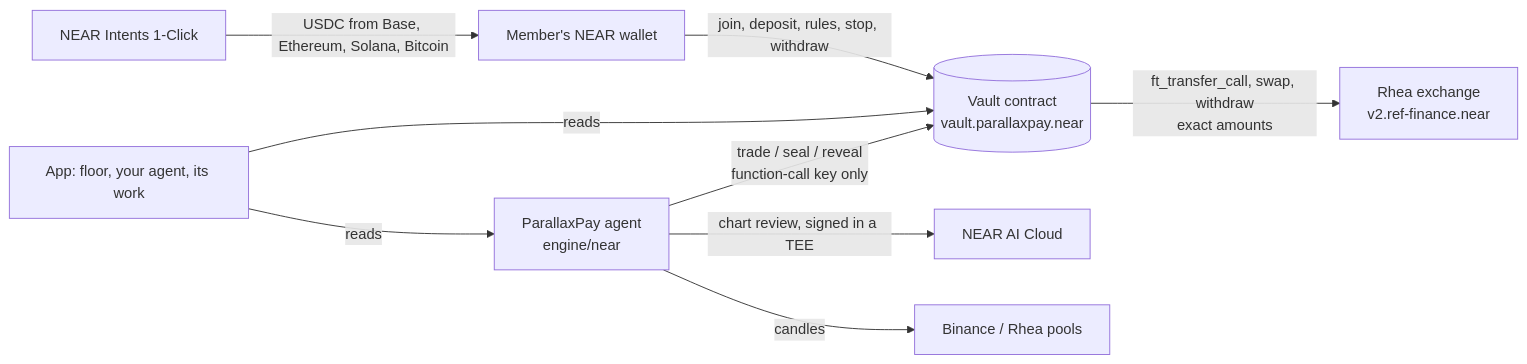
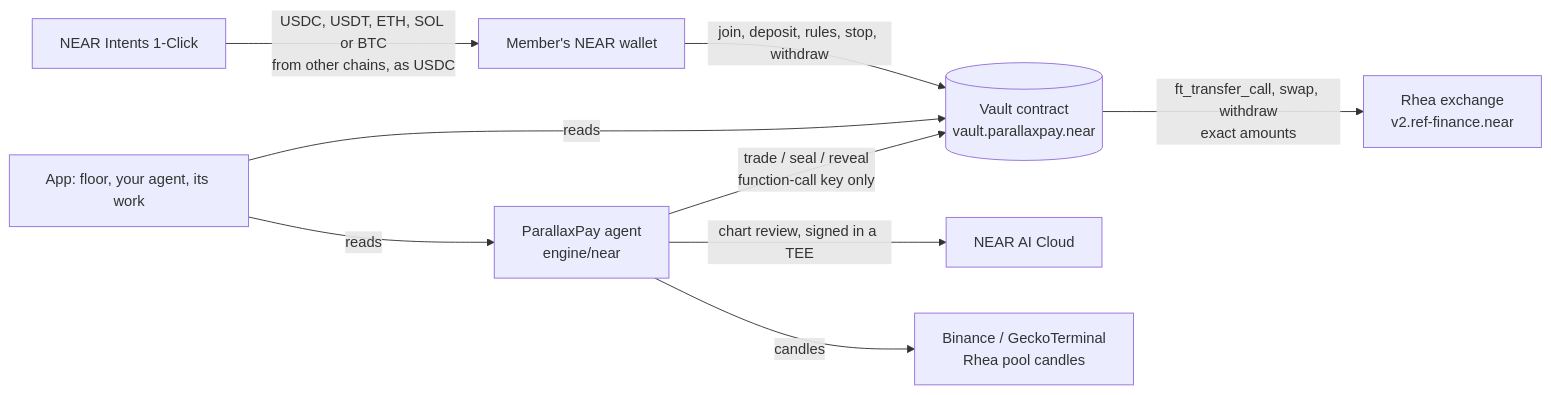
The diagram in README.md (shariqazeem/presage), drawn with Mermaid before and after one commit. The commit also changed other lines of this file and 4 other files, not shown here.

````diff
--- a/README.md
+++ b/README.md
@@ -80,11 +80,11 @@
 ```mermaid
 flowchart LR
-  M[Member's NEAR wallet] -- join, deposit, rules, stop, withdraw --> V[(Vault contract\nvault.parallaxpay.near)]
-  I[NEAR Intents 1-Click] -- USDC from Base, Ethereum, Solana, Bitcoin --> M
-  A[ParallaxPay agent\nengine/near] -- trade / seal / reveal\nfunction-call key only --> V
+  M[Member's NEAR wallet] -- join, deposit, rules, stop, withdraw --> V[(Vault contract<br/>vault.parallaxpay.near)]
+  I[NEAR Intents 1-Click] -- USDC, USDT, ETH, SOL or BTC<br/>from other chains, as USDC --> M
+  A[ParallaxPay agent<br/>engine/near] -- trade / seal / reveal<br/>function-call key only --> V
   A -- chart review, signed in a TEE --> AI[NEAR AI Cloud]
-  V -- ft_transfer_call, swap, withdraw\nexact amounts --> R[Rhea exchange\nv2.ref-finance.near]
-  A -- candles --> C[Binance / Rhea pools]
+  V -- ft_transfer_call, swap, withdraw<br/>exact amounts --> R[Rhea exchange<br/>v2.ref-finance.near]
+  A -- candles --> C[Binance / GeckoTerminal<br/>Rhea pool candles]
   W[App: floor, your agent, its work] -- reads --> V
   W -- reads --> A
 ```
````
